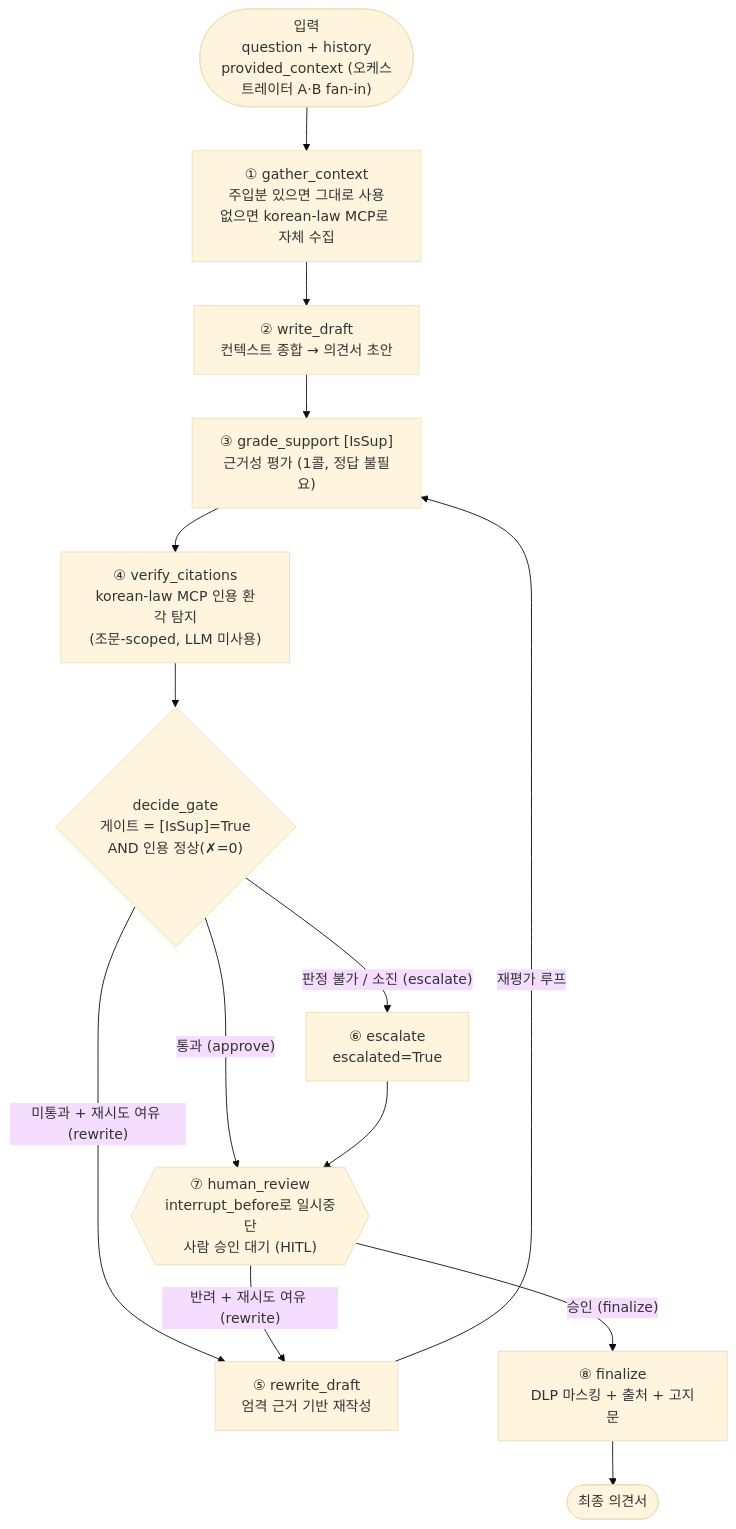
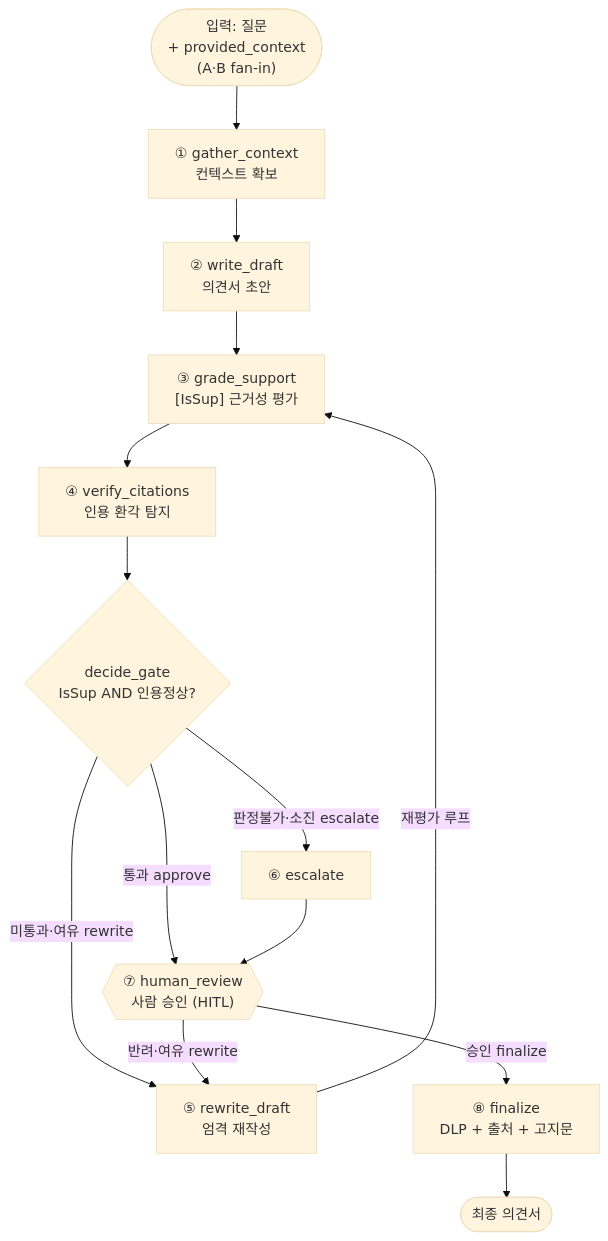
One commit to cna-bootcamp/aistudy changed the diagram in hands-on/16.mas/patent-mas/mas-c/README.md. Above: the diagram before and after it, drawn with Mermaid (base theme). The commit also changed other lines of this file and 6 other files, not shown here.

````diff
--- a/hands-on/16.mas/patent-mas/mas-c/README.md
+++ b/hands-on/16.mas/patent-mas/mas-c/README.md
@@ -61,17 +64,17 @@
 ```mermaid
 flowchart TD
-    IN(["입력<br/>question + history<br/>provided_context (오케스트레이터 A·B fan-in)"]) --> GC["① gather_context<br/>주입분 있으면 그대로 사용<br/>없으면 korean-law MCP로 자체 수집"]
-    GC --> WD["② write_draft<br/>컨텍스트 종합 → 의견서 초안"]
-    WD --> GS["③ grade_support [IsSup]<br/>근거성 평가 (1콜, 정답 불필요)"]
-    GS --> VC["④ verify_citations<br/>korean-law MCP 인용 환각 탐지<br/>(조문-scoped, LLM 미사용)"]
-    VC --> GATE{"decide_gate<br/>게이트 = [IsSup]=True<br/>AND 인용 정상(✗=0)"}
-    GATE -->|"통과 (approve)"| HR
-    GATE -->|"미통과 + 재시도 여유 (rewrite)"| RW["⑤ rewrite_draft<br/>엄격 근거 기반 재작성"]
-    GATE -->|"판정 불가 / 소진 (escalate)"| ES["⑥ escalate<br/>escalated=True"]
+    IN(["입력: 질문<br/>+ provided_context<br/>(A·B fan-in)"]) --> GC["① gather_context<br/>컨텍스트 확보"]
+    GC --> WD["② write_draft<br/>의견서 초안"]
+    WD --> GS["③ grade_support<br/>[IsSup] 근거성 평가"]
+    GS --> VC["④ verify_citations<br/>인용 환각 탐지"]
+    VC --> GATE{"decide_gate<br/>IsSup AND 인용정상?"}
+    GATE -->|"통과 approve"| HR
+    GATE -->|"미통과·여유 rewrite"| RW["⑤ rewrite_draft<br/>엄격 재작성"]
+    GATE -->|"판정불가·소진 escalate"| ES["⑥ escalate"]
     RW -->|"재평가 루프"| GS
     ES --> HR
-    HR{{"⑦ human_review<br/>interrupt_before로 일시중단<br/>사람 승인 대기 (HITL)"}}
-    HR -->|"승인 (finalize)"| FIN["⑧ finalize<br/>DLP 마스킹 + 출처 + 고지문"]
-    HR -->|"반려 + 재시도 여유 (rewrite)"| RW
+    HR{{"⑦ human_review<br/>사람 승인 (HITL)"}}
+    HR -->|"승인 finalize"| FIN["⑧ finalize<br/>DLP + 출처 + 고지문"]
+    HR -->|"반려·여유 rewrite"| RW
     FIN --> OUT(["최종 의견서"])
 ```
````
